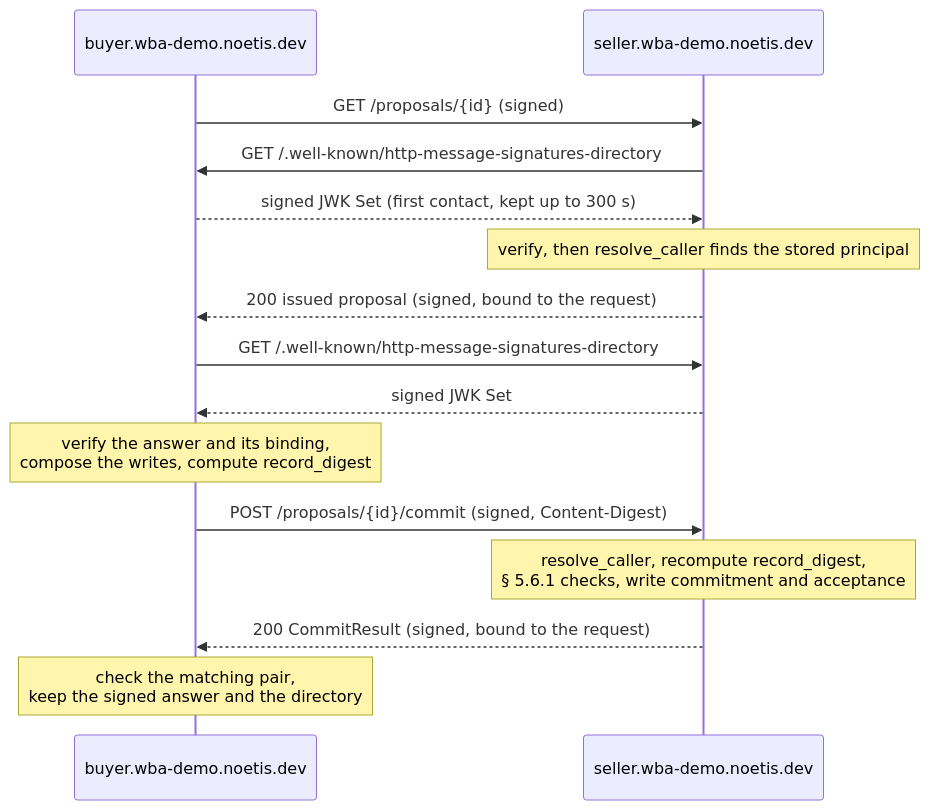
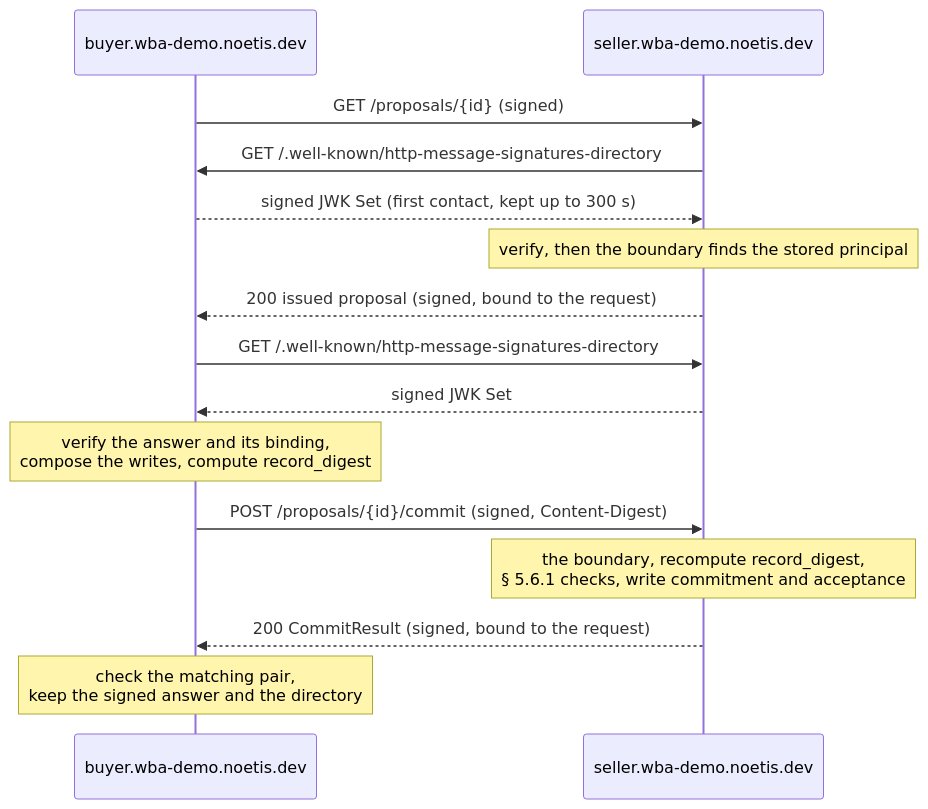
One commit to KonstantinMirin/openproposal-web-bot-auth changed the fifth of 7 diagrams in README.md. Above: the diagram before and after it, drawn with Mermaid. The commit also changed other lines of this file and 39 other files, not shown here.

````diff
--- a/README.md
+++ b/README.md
@@ -202,17 +209,17 @@
 ```mermaid
 sequenceDiagram
     participant B as buyer.wba-demo.noetis.dev
     participant S as seller.wba-demo.noetis.dev
     B->>S: GET /proposals/{id} (signed)
     S->>B: GET /.well-known/http-message-signatures-directory
     B-->>S: signed JWK Set (first contact, kept up to 300 s)
-    Note over S: verify, then resolve_caller finds the stored principal
+    Note over S: verify, then the boundary finds the stored principal
     S-->>B: 200 issued proposal (signed, bound to the request)
     B->>S: GET /.well-known/http-message-signatures-directory
     S-->>B: signed JWK Set
     Note over B: verify the answer and its binding,<br/>compose the writes, compute record_digest
     B->>S: POST /proposals/{id}/commit (signed, Content-Digest)
-    Note over S: resolve_caller, recompute record_digest,<br/>§ 5.6.1 checks, write commitment and acceptance
+    Note over S: the boundary, recompute record_digest,<br/>§ 5.6.1 checks, write commitment and acceptance
     S-->>B: 200 CommitResult (signed, bound to the request)
     Note over B: check the matching pair,<br/>keep the signed answer and the directory
 ```
````
